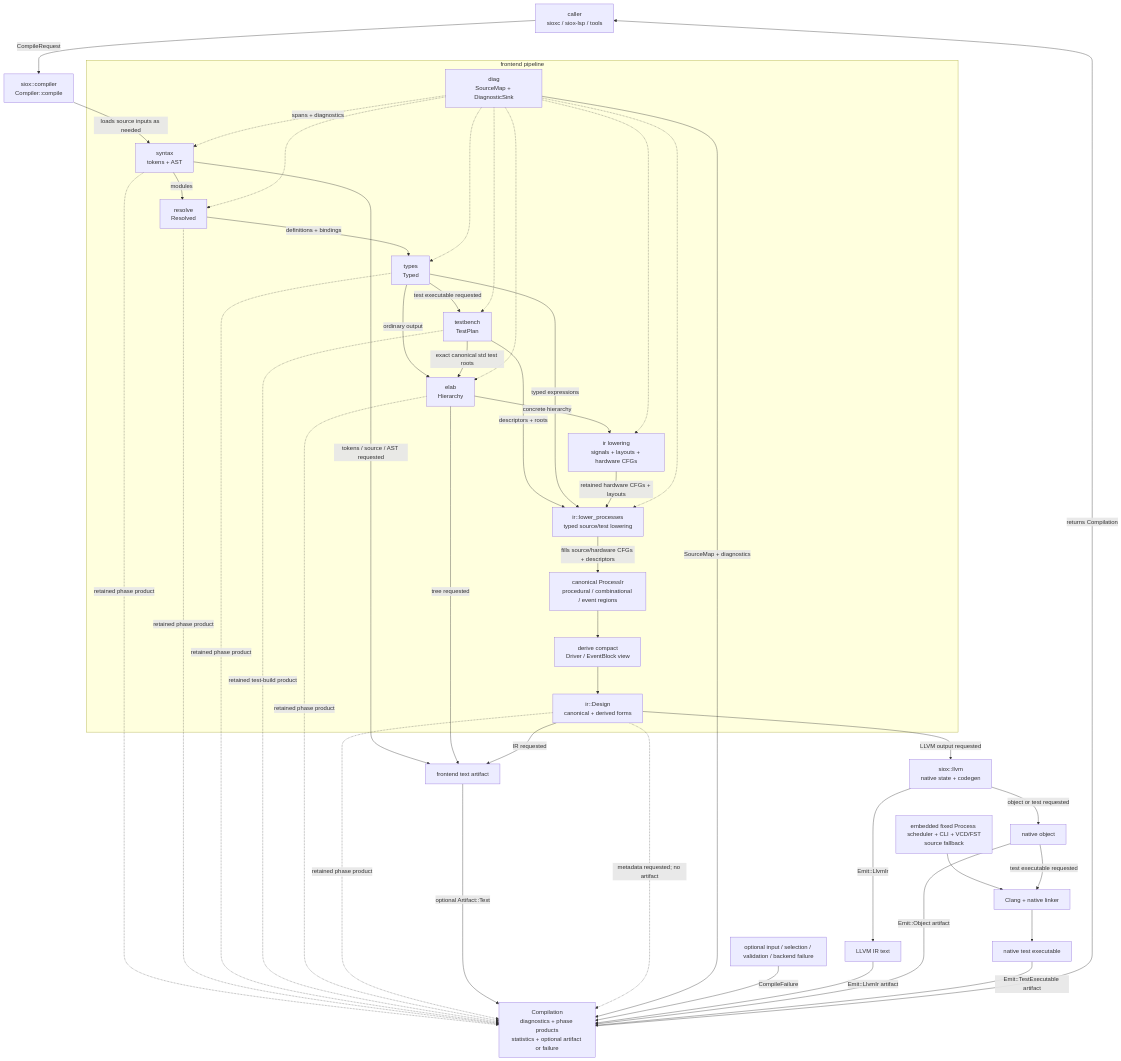
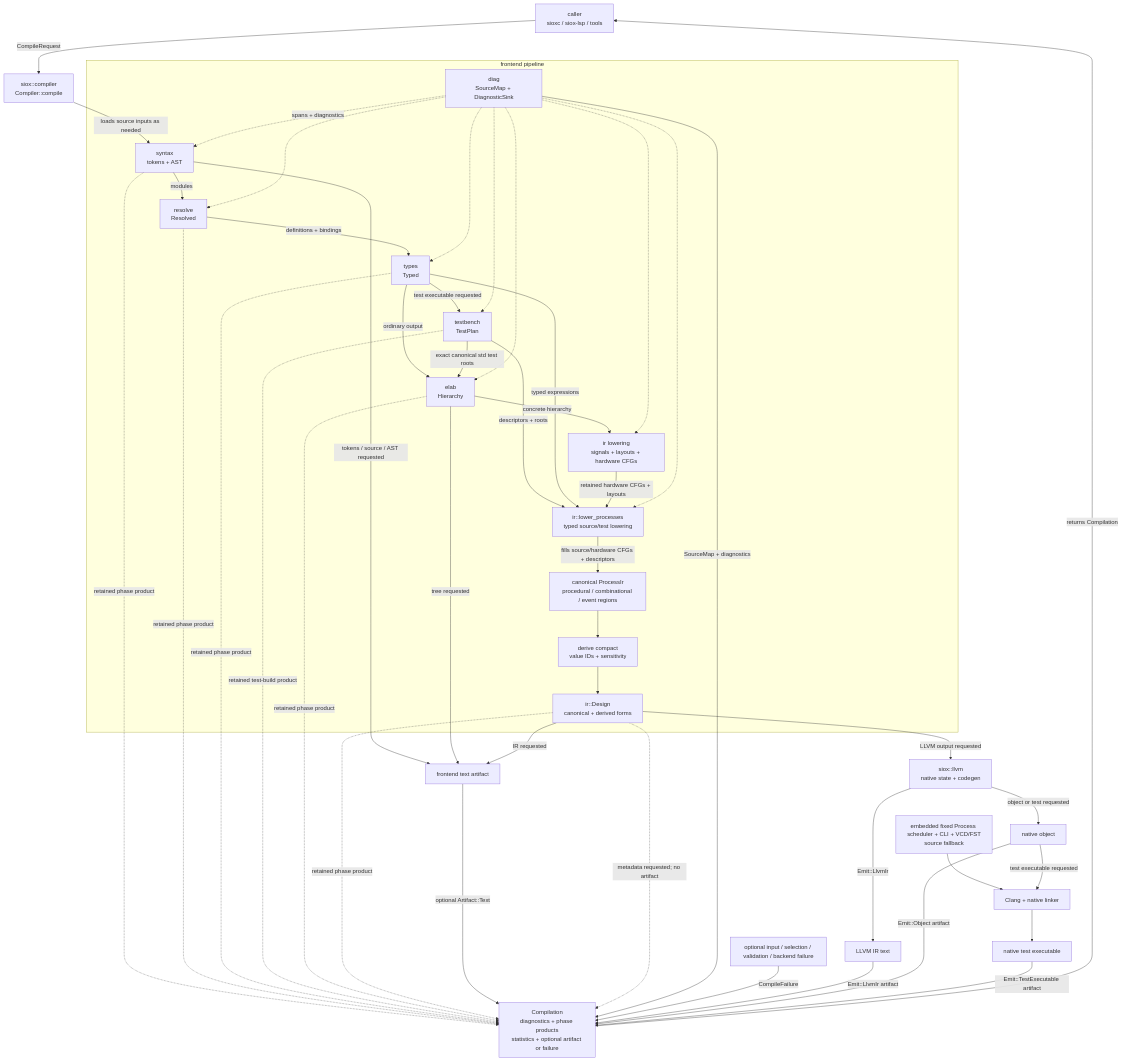
One commit to Siox-lang/sioxc changed the first of 4 diagrams in docs/architecture.md. Above: the diagram before and after it, drawn with Mermaid. The commit also changed other lines of this file and 21 other files, not shown here.

````diff
--- a/docs/architecture.md
+++ b/docs/architecture.md
@@ -95,54 +97,54 @@
 ```mermaid
 flowchart TB
     CALL["caller<br/>sioxc / siox-lsp / tools"] -->|CompileRequest| API["siox::compiler<br/>Compiler::compile"]
     API -->|loads source inputs as needed| SY
 
     subgraph FRONTEND["frontend pipeline"]
         SY["syntax<br/>tokens + AST"] -->|modules| RE["resolve<br/>Resolved"]
         RE -->|definitions + bindings| TY["types<br/>Typed"]
         TY -->|ordinary output| EL["elab<br/>Hierarchy"]
         TY -->|test executable requested| TESTPLAN["testbench<br/>TestPlan"]
         TESTPLAN -->|exact canonical std test roots| EL
         EL -->|concrete hierarchy| DIGITAL["ir lowering<br/>signals + layouts + hardware CFGs"]
         TESTPLAN -->|descriptors + roots| PROCESS_LOWER["ir::lower_processes<br/>typed source/test lowering"]
         TY -->|typed expressions| PROCESS_LOWER
         DIGITAL -->|retained hardware CFGs + layouts| PROCESS_LOWER
         PROCESS_LOWER -->|fills source/hardware CFGs + descriptors| PROCESSIR["canonical ProcessIr<br/>procedural / combinational / event regions"]
-        PROCESSIR --> DERIVE["derive compact<br/>Driver / EventBlock view"]
+        PROCESSIR --> DERIVE["derive compact<br/>value IDs + sensitivity"]
         DERIVE --> DESIGN["ir::Design<br/>canonical + derived forms"]
 
         DIAG["diag<br/>SourceMap + DiagnosticSink"] -. spans + diagnostics .-> SY
         DIAG -.-> RE
         DIAG -.-> TY
         DIAG -.-> TESTPLAN
         DIAG -.-> EL
         DIAG -.-> DIGITAL
         DIAG -.-> PROCESS_LOWER
     end
 
     DESIGN -->|LLVM output requested| LL["siox::llvm<br/>native state + codegen"]
     PROCESS_RUNTIME["embedded fixed Process scheduler + CLI + VCD/FST<br/>source fallback"] --> LINK
     LL -->|Emit::LlvmIr| LLVM_TEXT["LLVM IR text"]
     LL -->|object or test requested| OBJ["native object"]
     OBJ -->|test executable requested| LINK["Clang + native linker"]
     LINK --> TEST["native test executable"]
 
     SY -->|tokens / source / AST requested| FRONT_TEXT["frontend text artifact"]
     EL -->|tree requested| FRONT_TEXT
     DESIGN -->|IR requested| FRONT_TEXT
 
     SY -. retained phase product .-> RESULT
     RE -. retained phase product .-> RESULT
     TY -. retained phase product .-> RESULT
     TESTPLAN -. retained test-build product .-> RESULT
     EL -. retained phase product .-> RESULT
     DESIGN -. retained phase product .-> RESULT
     FRONT_TEXT -->|optional Artifact::Text| RESULT["Compilation<br/>diagnostics + phase products<br/>statistics + optional artifact or failure"]
     DESIGN -. metadata requested; no artifact .-> RESULT
     DIAG -->|SourceMap + diagnostics| RESULT
     FAILURE["optional input / selection / validation / backend failure"] -->|CompileFailure| RESULT
     LLVM_TEXT -->|Emit::LlvmIr artifact| RESULT
     OBJ -->|Emit::Object artifact| RESULT
     TEST -->|Emit::TestExecutable artifact| RESULT
     RESULT -->|returns Compilation| CALL
 ```
````
